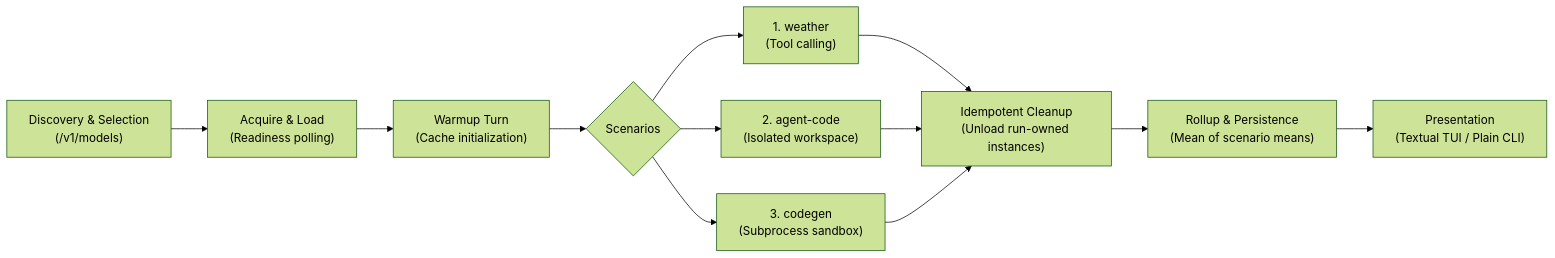
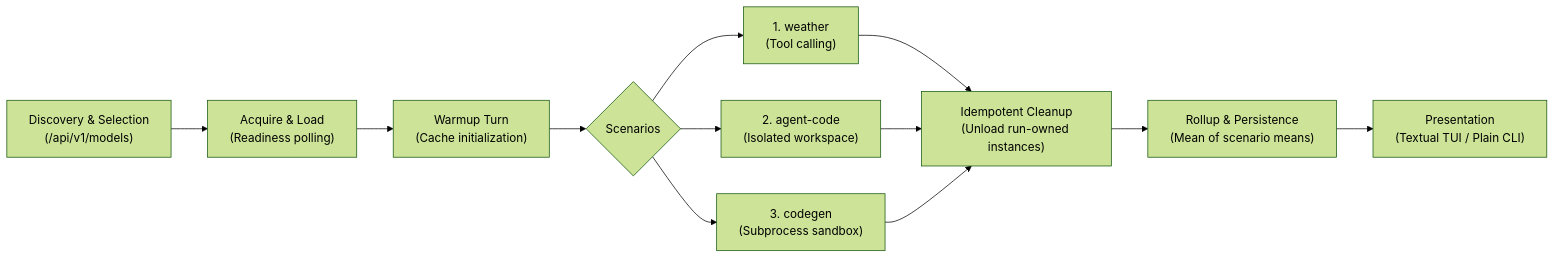
The first of 4 diagrams in README.md (jamesbmour/llm-bench), drawn with Mermaid (forest theme) before and after one commit. The commit also changed other lines of this file and 40 other files, not shown here.

````diff
--- a/README.md
+++ b/README.md
@@ -69,14 +69,14 @@
 ```mermaid
 flowchart LR
-    A["Discovery & Selection\n(/v1/models)"] --> B["Acquire & Load\n(Readiness polling)"]
+    A["Discovery & Selection\n(/api/v1/models)"] --> B["Acquire & Load\n(Readiness polling)"]
     B --> C["Warmup Turn\n(Cache initialization)"]
     C --> D{"Scenarios"}
     D --> D1["1. weather\n(Tool calling)"]
     D --> D2["2. agent-code\n(Isolated workspace)"]
     D --> D3["3. codegen\n(Subprocess sandbox)"]
     D1 --> E["Idempotent Cleanup\n(Unload run-owned instances)"]
     D2 --> E
     D3 --> E
     E --> F["Rollup & Persistence\n(Mean of scenario means)"]
     F --> G["Presentation\n(Textual TUI / Plain CLI)"]
 ```
````
